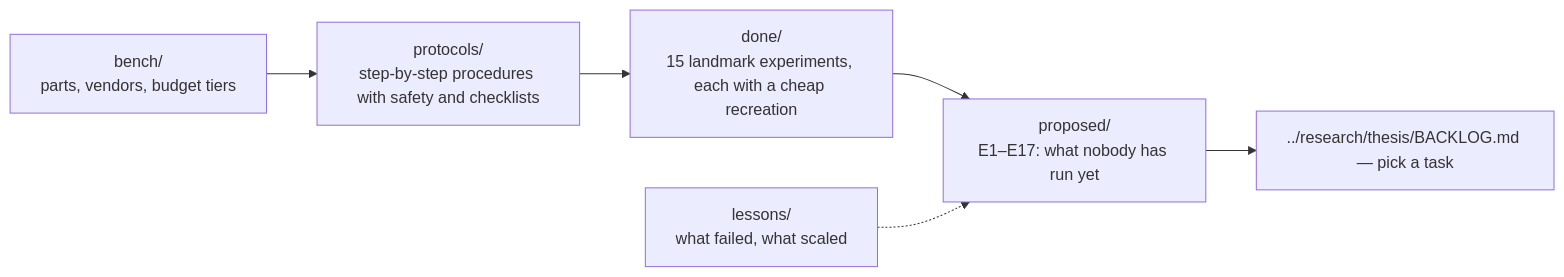
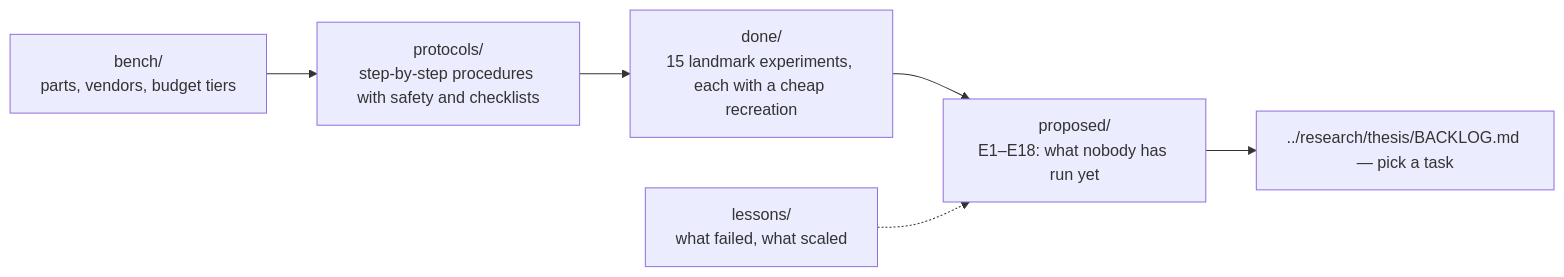
One commit to Normansrule/quantum-link-research changed the diagram in experiments/README.md. Above: the diagram before and after it, drawn with Mermaid. The commit also changed other lines of this file and 38 other files, not shown here.

````diff
--- a/experiments/README.md
+++ b/experiments/README.md
@@ -9,8 +9,8 @@
 ```mermaid
 flowchart LR
   B["bench/<br/>parts, vendors, budget tiers"] --> P["protocols/<br/>step-by-step procedures with safety and checklists"]
   P --> D["done/<br/>15 landmark experiments, each with a cheap recreation"]
-  D --> X["proposed/<br/>E1–E17: what nobody has run yet"]
+  D --> X["proposed/<br/>E1–E18: what nobody has run yet"]
   L["lessons/<br/>what failed, what scaled"] -.-> X
   X --> R["../research/thesis/BACKLOG.md — pick a task"]
 ```
````
